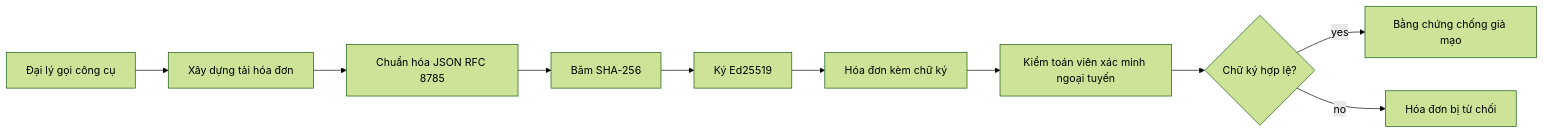
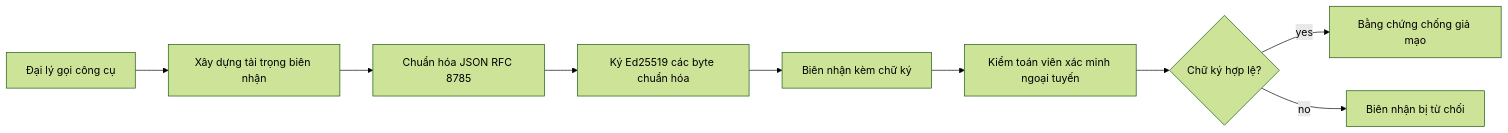
One commit to gabrielmoreira/agent-skills-mirror changed the first of 2 diagrams in mirrors/repos/microsoft@ai-agents-for-beginners/translations/vi/18-securing-ai-agents/README.md. Above: the diagram before and after it, drawn with Mermaid (forest theme). The commit also changed other lines of this file and 4262 other files, not shown here.

````diff
--- a/mirrors/repos/microsoft@ai-agents-for-beginners/translations/vi/18-securing-ai-agents/README.md
+++ b/mirrors/repos/microsoft@ai-agents-for-beginners/translations/vi/18-securing-ai-agents/README.md
@@ -51,12 +51,11 @@
 ```mermaid
 flowchart LR
-    A[Đại lý gọi công cụ] --> B[Xây dựng tải hóa đơn]
+    A[Đại lý gọi công cụ] --> B[Xây dựng tải trọng biên nhận]
     B --> C[Chuẩn hóa JSON RFC 8785]
-    C --> D[Băm SHA-256]
-    D --> E[Ký Ed25519]
-    E --> F[Hóa đơn kèm chữ ký]
+    C --> E[Ký Ed25519 các byte chuẩn hóa]
+    E --> F[Biên nhận kèm chữ ký]
     F --> G[Kiểm toán viên xác minh ngoại tuyến]
     G --> H{Chữ ký hợp lệ?}
     H -- yes --> I[Bằng chứng chống giả mạo]
-    H -- no --> J[Hóa đơn bị từ chối]
+    H -- no --> J[Biên nhận bị từ chối]
 ```
````
